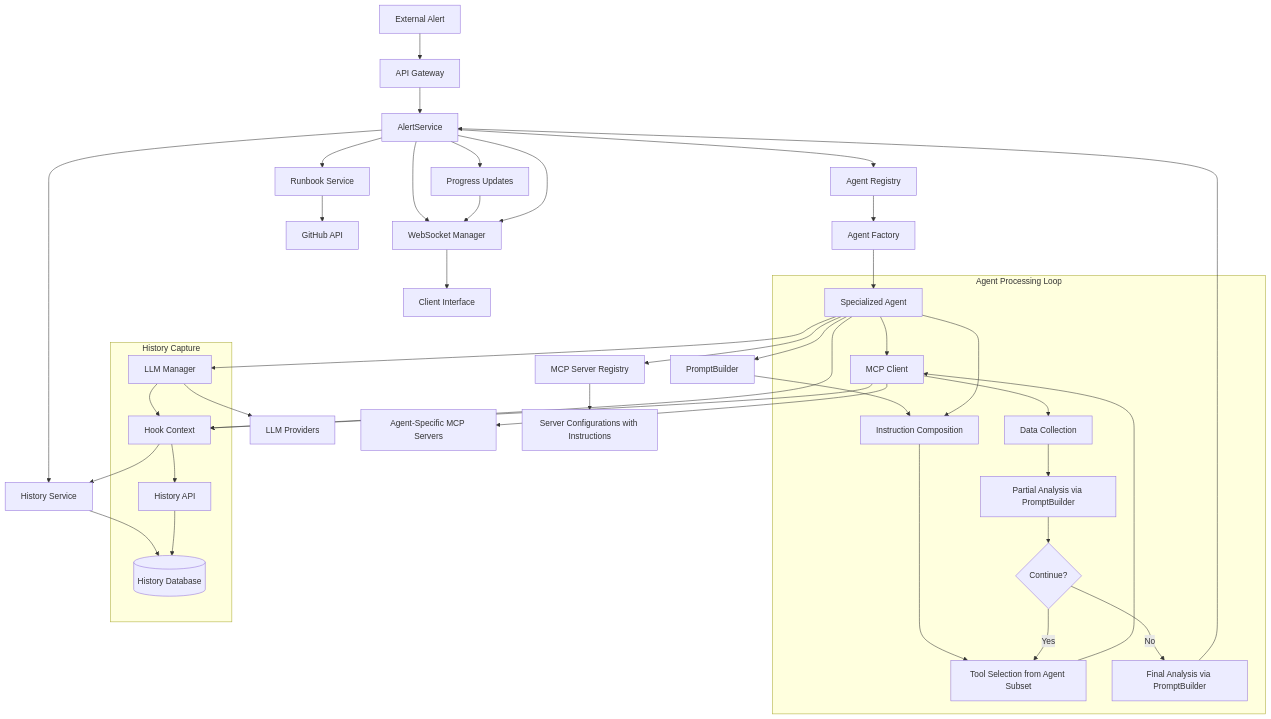
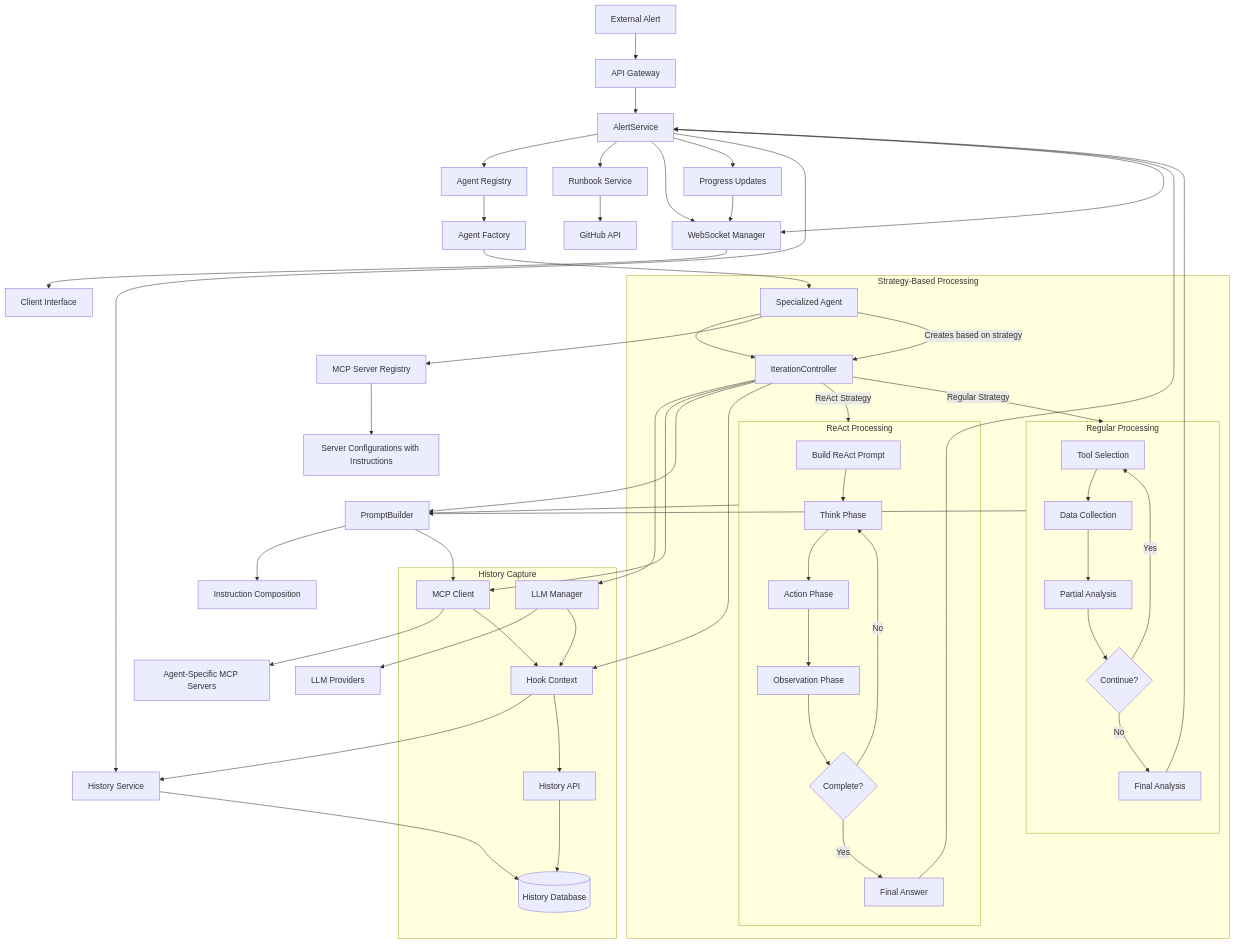
The first of 2 diagrams in docs/design.md (rsoaresd/tarsy-bot), drawn with Mermaid before and after one commit. The commit also changed other lines of this file and 50 other files, not shown here.

Commit message:
Add ReAct strategy for agents (#18)

````diff
--- a/docs/design.md
+++ b/docs/design.md
@@ -173,56 +174,73 @@
 ```mermaid
 graph TD
     A[External Alert] --> B[API Gateway]
     B --> C[AlertService]
     C --> D[Agent Registry]
     D --> E[Agent Factory]
     E --> F[Specialized Agent]
     
     C --> G[Runbook Service]
     G --> H[GitHub API]
     
     C --> I[WebSocket Manager]
     I --> J[Client Interface]
     
-    F --> K[LLM Manager]
+    F --> IC[IterationController]
+    IC --> K[LLM Manager]
     K --> L[LLM Providers]
     
-    F --> M[MCP Client]
+    IC --> M[MCP Client]
     M --> N[Agent-Specific MCP Servers]
     
     F --> O[MCP Server Registry]
     O --> P[Server Configurations with Instructions]
     
-    F --> PB[PromptBuilder]
+    IC --> PB[PromptBuilder]
     PB --> Q[Instruction Composition]
     
     C --> R[Progress Updates]
     R --> I
     
     C --> HS[History Service]
     HS --> HDB[(History Database)]
     
-    F --> HC[Hook Context]
+    IC --> HC[Hook Context]
     HC --> HS
     
-    subgraph "Agent Processing Loop"
-        F --> Q
-        Q --> S[Tool Selection from Agent Subset]
-        S --> M
-        M --> T[Data Collection]
-        T --> U[Partial Analysis via PromptBuilder]
-        U --> V{Continue?}
-        V -->|Yes| S
-        V -->|No| W[Final Analysis via PromptBuilder]
+    subgraph "Strategy-Based Processing"
+        F --> |Creates based on strategy| IC
+        IC --> |ReAct Strategy| ReactLoop[ReAct Loop]
+        IC --> |Regular Strategy| RegularLoop[Regular Loop]
+        
+        subgraph ReactLoop [ReAct Processing]
+            RQ[Build ReAct Prompt] --> RT[Think Phase]
+            RT --> RA[Action Phase]
+            RA --> RO[Observation Phase]
+            RO --> RC{Complete?}
+            RC -->|No| RT
+            RC -->|Yes| RF[Final Answer]
+        end
+        
+        subgraph RegularLoop [Regular Processing]
+            RS[Tool Selection] --> RD[Data Collection]
+            RD --> RP[Partial Analysis]
+            RP --> RV{Continue?}
+            RV -->|Yes| RS
+            RV -->|No| RL[Final Analysis]
+        end
     end
     
-    W --> C
+    ReactLoop --> PB
+    RegularLoop --> PB
+    PB --> M
+    RF --> C
+    RL --> C
     C --> I
     
     subgraph "History Capture"
         K --> HC
         M --> HC
         HC --> HA[History API]
         HA --> HDB
     end
 ```
````
